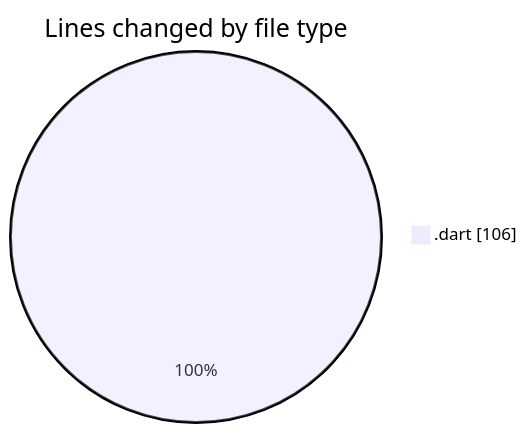
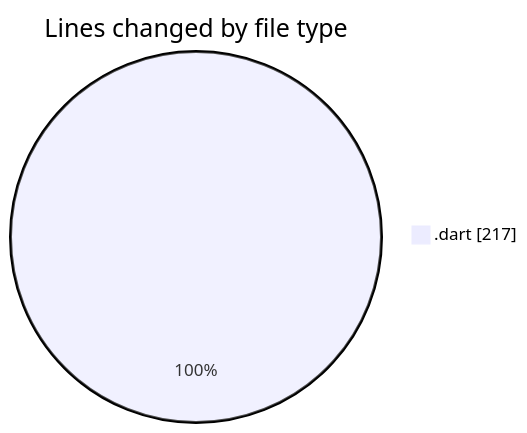
Before and after one commit to donsfak/code-tracking: the first of 2 diagrams in 2025-01-23/trackers_app/README.md, drawn with Mermaid. The commit also changed other lines of this file and 1 other file, not shown here.

````diff
--- a/2025-01-23/trackers_app/README.md
+++ b/2025-01-23/trackers_app/README.md
@@ -20,5 +21,5 @@
 ```mermaid
 pie showData
 title Lines changed by file type
-".dart" : 106
+".dart" : 217
 ```
````
